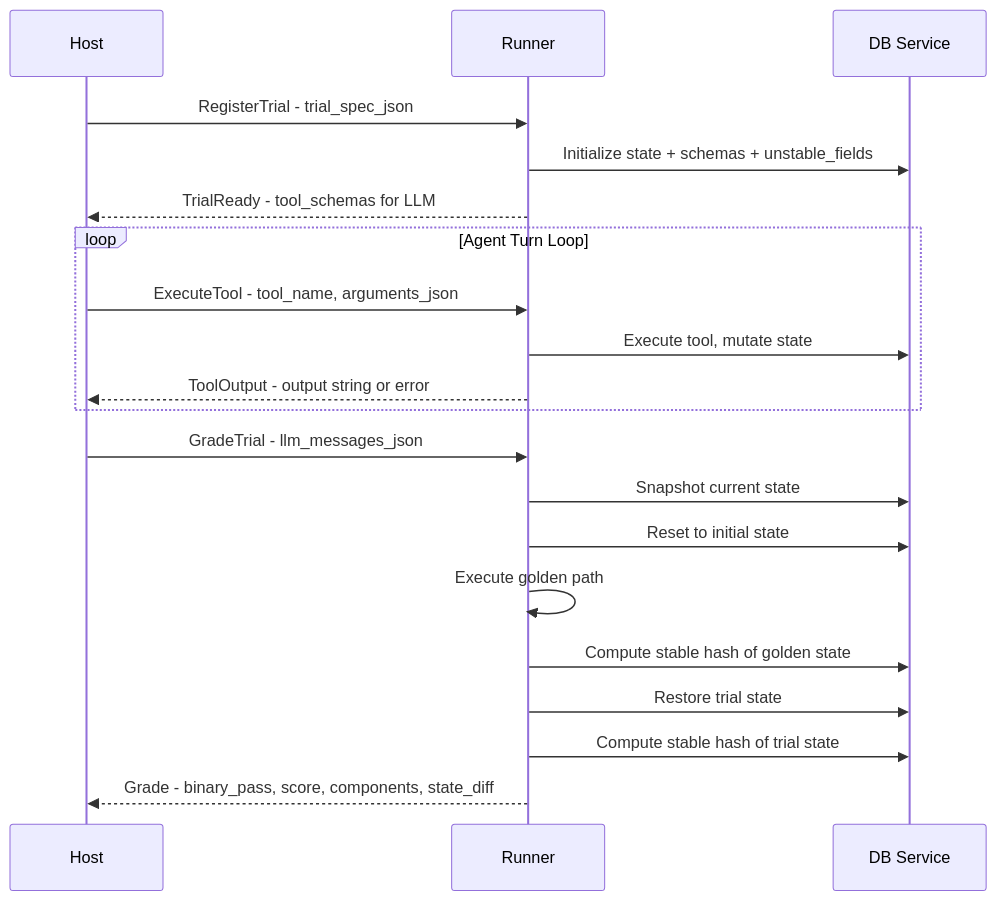
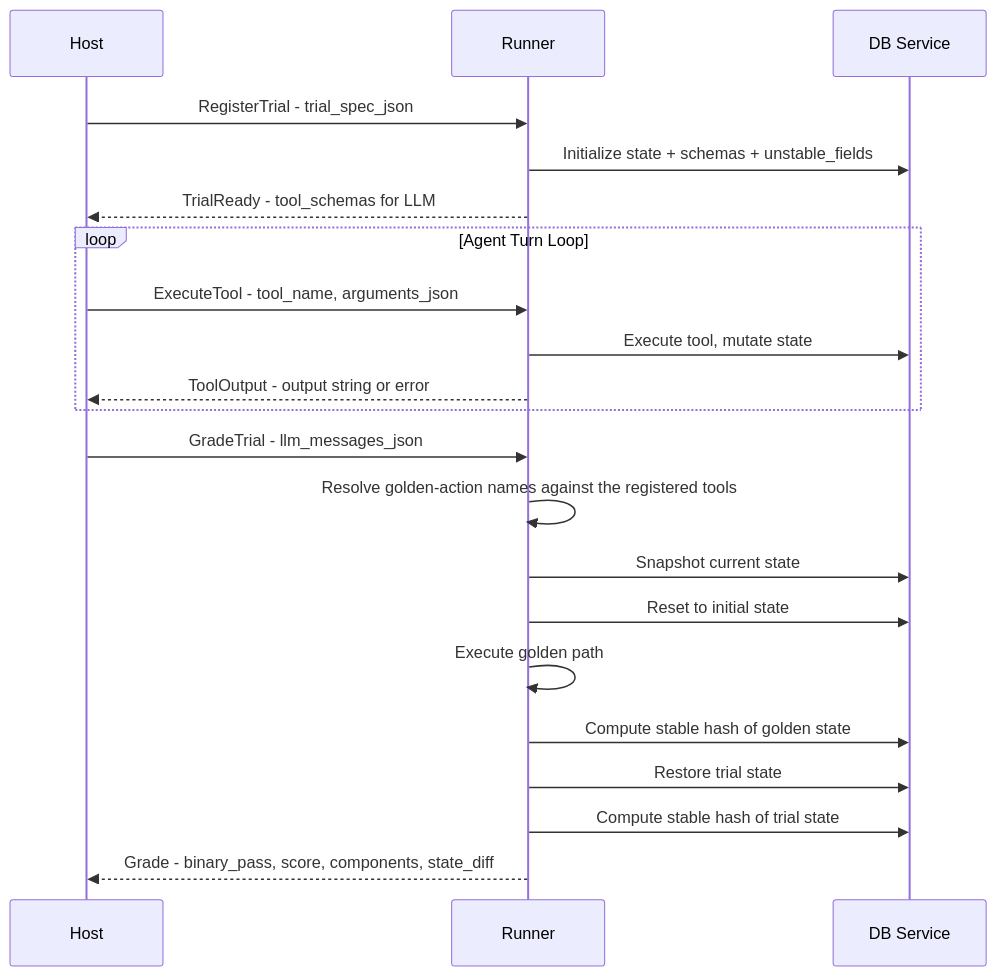
The diagram in docs/GRPC_PROTOCOL.md (Toloka/tolokaforge), drawn with Mermaid before and after one commit. The commit also changed other lines of this file and 7 other files, not shown here.

````diff
--- a/docs/GRPC_PROTOCOL.md
+++ b/docs/GRPC_PROTOCOL.md
@@ -44,25 +44,26 @@
 ```mermaid
 sequenceDiagram
     participant H as Host
     participant R as Runner
     participant DB as DB Service
 
     H->>R: RegisterTrial - trial_spec_json
     R->>DB: Initialize state + schemas + unstable_fields
     R-->>H: TrialReady - tool_schemas for LLM
 
     loop Agent Turn Loop
         H->>R: ExecuteTool - tool_name, arguments_json
         R->>DB: Execute tool, mutate state
         R-->>H: ToolOutput - output string or error
     end
 
     H->>R: GradeTrial - llm_messages_json
+    R->>R: Resolve golden-action names against the registered tools
     R->>DB: Snapshot current state
     R->>DB: Reset to initial state
     R->>R: Execute golden path
     R->>DB: Compute stable hash of golden state
     R->>DB: Restore trial state
     R->>DB: Compute stable hash of trial state
     R-->>H: Grade - binary_pass, score, components, state_diff
 ```
````
